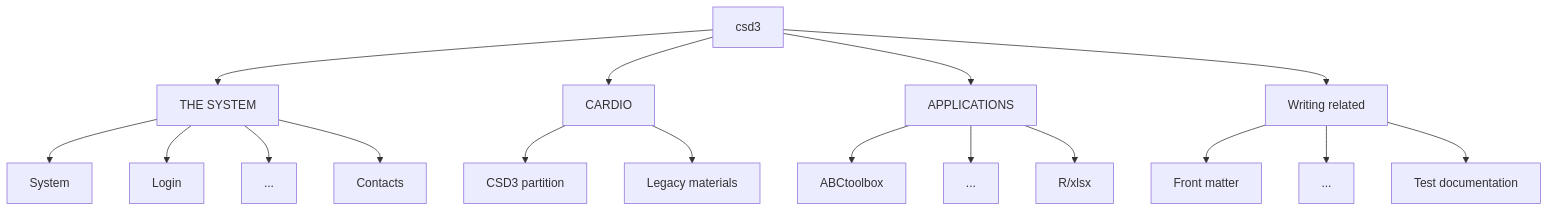
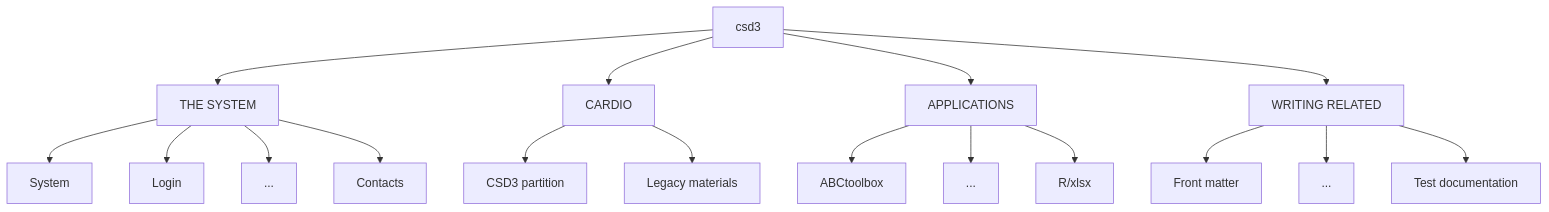
Before and after one commit to cambridge-ceu/csd3: the diagram in docs/README.md, drawn with Mermaid.

````diff
--- a/docs/README.md
+++ b/docs/README.md
@@ -10,19 +10,19 @@
 ```mermaid
 graph TB;
 csd3 --> system["THE SYSTEM"]
 csd3 --> cardio["CARDIO"]
 csd3 --> applications["APPLICATIONS"]
-csd3 --> wr["Writing related"]
+csd3 --> wr["WRITING RELATED"]
 system --> System
 system --> Login
 system --> sysdot["..."]
 system --> Contacts
 cardio --> cp["CSD3 partition"]
 cardio --> lm["Legacy materials"]
 applications --> ABCtoolbox
 applications --> appdot["..."]
 applications --> R/xlsx
 wr --> fr["Front matter"]
 wr --> wrdot["..."]
 wr --> td["Test documentation"]
 ```
````
